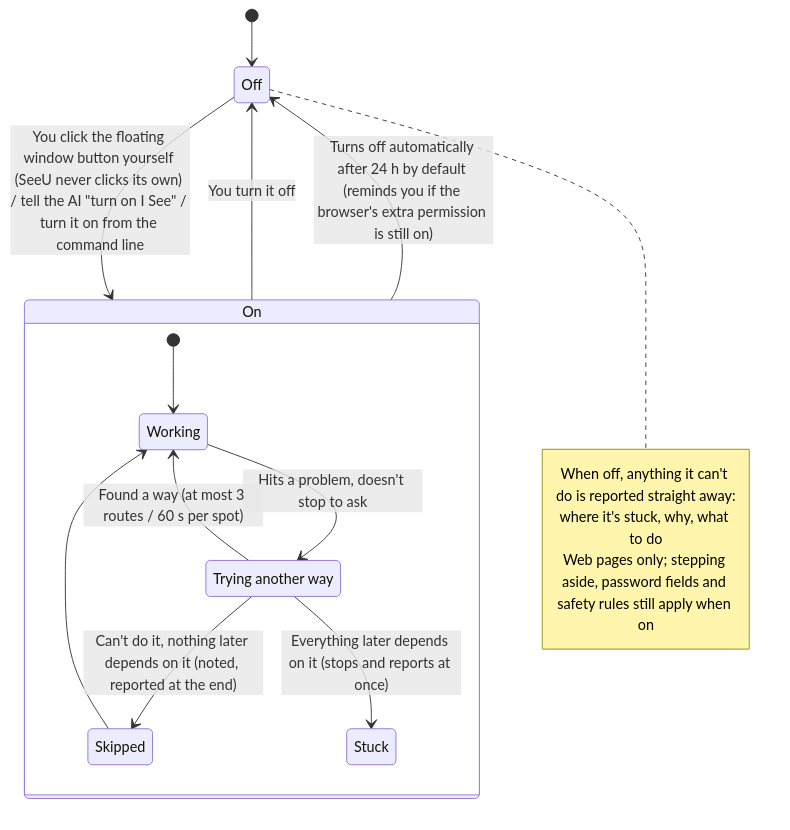
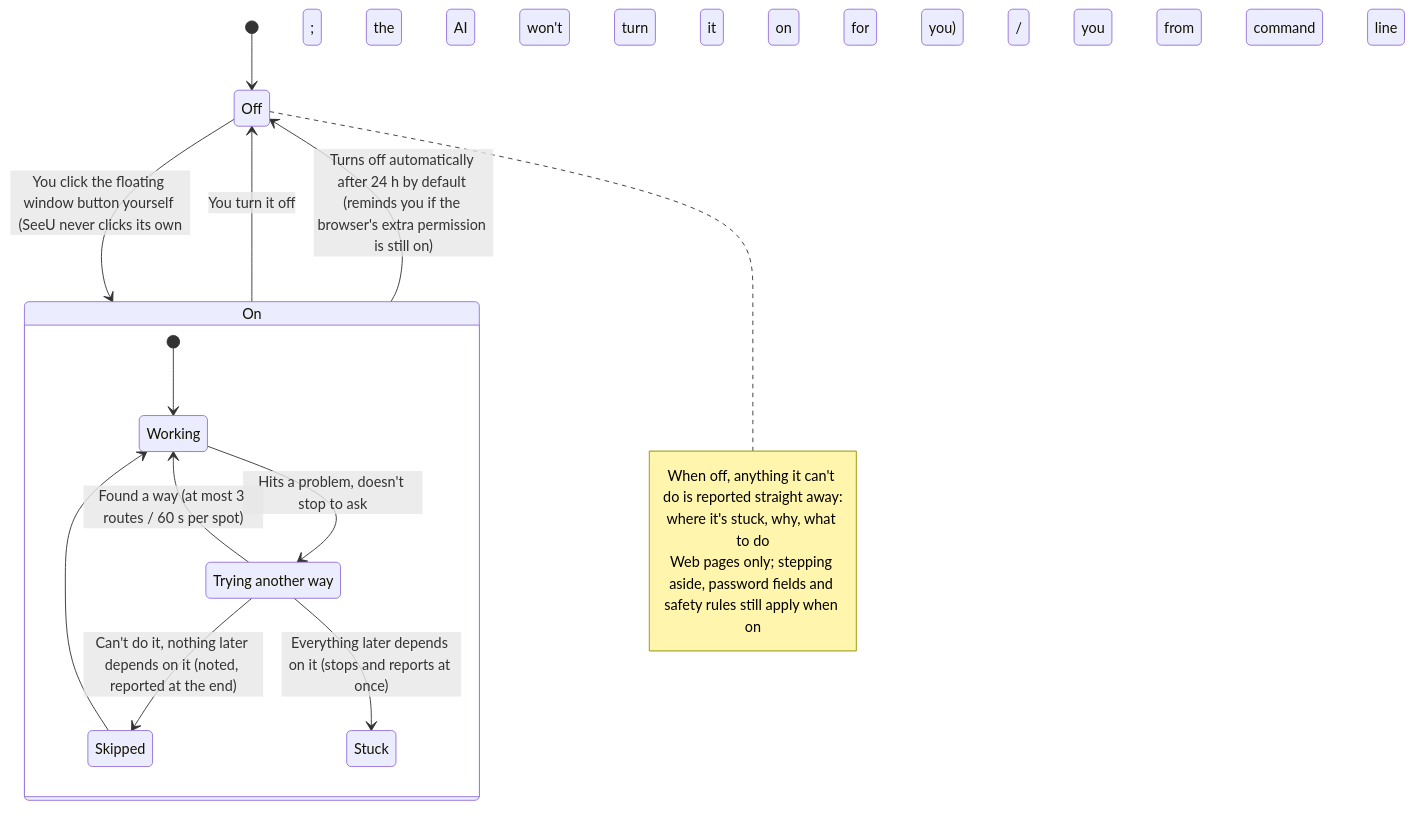
One commit to Mr-Bingoo/seeu-computeruse changed the ninth of 10 diagrams in docs/SeeU-diagrams.md. Above: the diagram before and after it, drawn with Mermaid. The commit also changed 18 other files, not shown here.

````diff
--- a/docs/SeeU-diagrams.md
+++ b/docs/SeeU-diagrams.md
@@ -366,26 +366,26 @@
 ```mermaid
 stateDiagram-v2
   Off: Off
   On: On
   [*] --> Off
-  Off --> On: You click the floating window button yourself (SeeU never clicks its own) / tell the AI "turn on I See" / turn it on from the command line
+  Off --> On: You click the floating window button yourself (SeeU never clicks its own; the AI won't turn it on for you) / you turn it on from the command line
   On --> Off: You turn it off
   On --> Off: Turns off automatically after 24 h by default (reminds you if the browser's extra permission is still on)
   state On {
     Work: Working
     Try: Trying another way
     Skip: Skipped
     Halt: Stuck
     [*] --> Work
     Work --> Try: Hits a problem, doesn't stop to ask
     Try --> Work: Found a way (at most 3 routes / 60 s per spot)
     Try --> Skip: Can't do it, nothing later depends on it (noted, reported at the end)
     Skip --> Work
     Try --> Halt: Everything later depends on it (stops and reports at once)
   }
   note right of Off
     When off, anything it can't do is reported straight away:
     where it's stuck, why, what to do
     Web pages only; stepping aside, password fields and safety rules still apply when on
   end note
 ```
````
